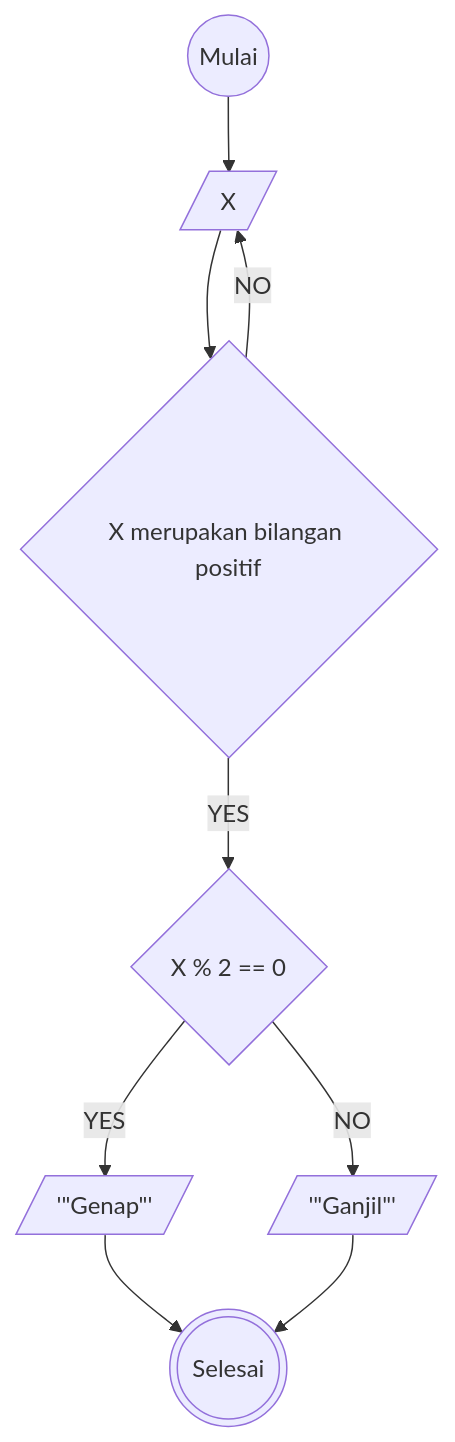
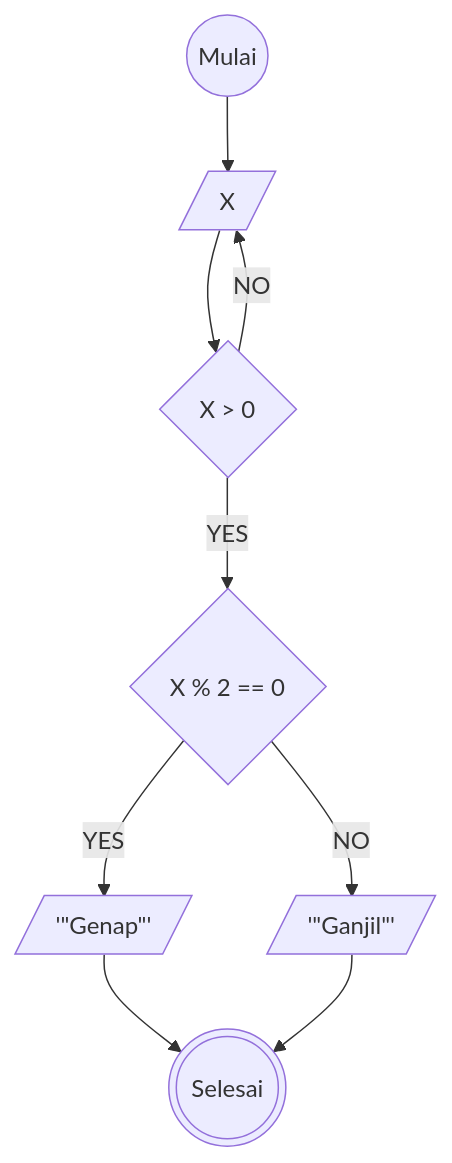
Before and after one commit to mdavindarinaldy/fgo24-algoritma: the diagram in minitask-ganjil-genap.md, drawn with Mermaid.

````diff
--- a/minitask-ganjil-genap.md
+++ b/minitask-ganjil-genap.md
@@ -17,16 +17,16 @@
 ```mermaid
 flowchart TD
 A((Mulai))
 B[/X/]
-C{X merupakan bilangan positif}
+C{X > 0}
 D{X % 2 == 0}
 E[/'"Genap"'/]
 F[/'"Ganjil"'/]
 G(((Selesai)))
 
 A --> B --> C --YES--> D
 C --NO--> B
 D --YES--> E
 D --NO--> F
 E & F --> G
 ```
````
